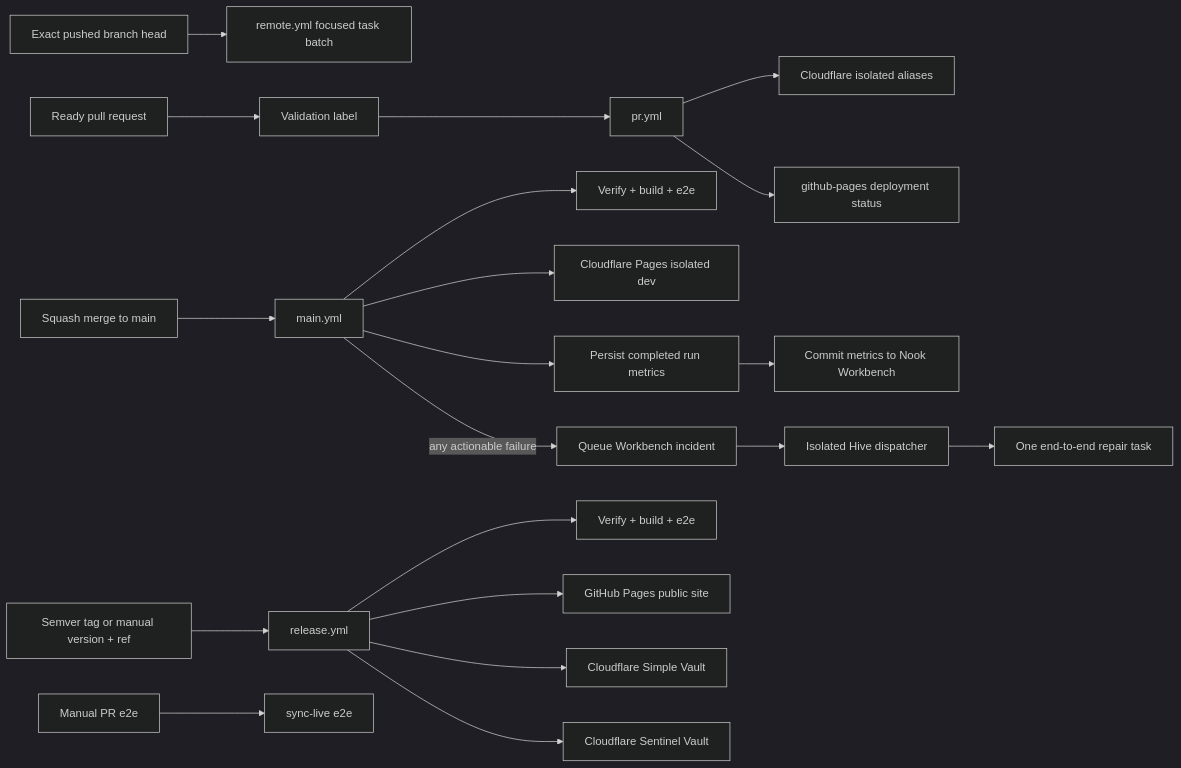
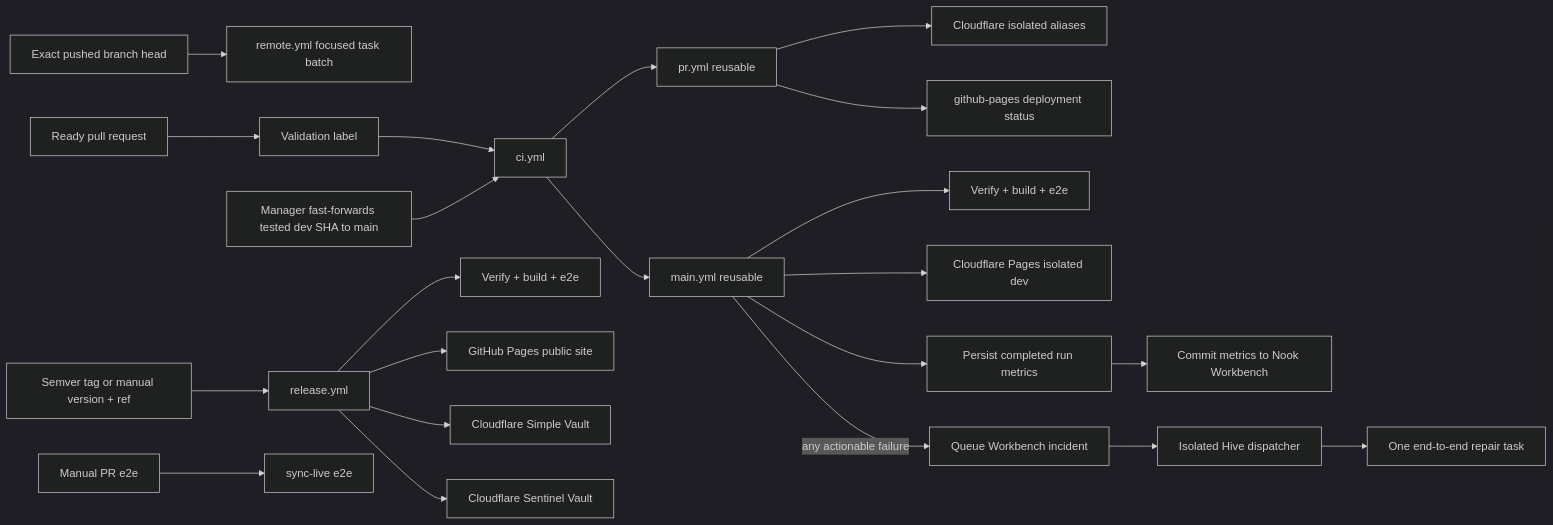
One commit to meta-secret/nook changed the diagram in .cortex/teams/sre/workflows/ci-pipeline.md. Above: the diagram before and after it, drawn with Mermaid (dark theme). The commit also changed other lines of this file and 1858 other files, not shown here.

````diff
--- a/.cortex/teams/sre/workflows/ci-pipeline.md
+++ b/.cortex/teams/sre/workflows/ci-pipeline.md
@@ -253,26 +255,28 @@
 ```mermaid
 flowchart LR
   branch[Exact pushed branch head] --> remote_yml[remote.yml focused task batch]
   PR[Ready pull request] --> label[Validation label]
-  label --> pr_yml[pr.yml]
+  label --> ci_yml[ci.yml]
+  ci_yml --> pr_yml[pr.yml reusable]
   pr_yml --> preview[Cloudflare isolated aliases]
   pr_yml --> pr_deployment[github-pages deployment status]
 
-  merge[Squash merge to main] --> main_yml[main.yml]
+  merge[Manager fast-forwards tested dev SHA to main] --> ci_yml
+  ci_yml --> main_yml[main.yml reusable]
   main_yml --> main_verify[Verify + build + e2e]
   main_yml --> cf_dev[Cloudflare Pages isolated dev]
   main_yml --> main_stats[Persist completed run metrics]
   main_stats --> workbench_stats[Commit metrics to Nook Workbench]
   main_yml -->|any actionable failure| main_failure[Queue Workbench incident]
   main_failure --> hive_dispatcher[Isolated Hive dispatcher]
   hive_dispatcher --> hive_worker[One end-to-end repair task]
 
   release[Semver tag or manual version + ref] --> release_yml[release.yml]
   release_yml --> release_verify[Verify + build + e2e]
   release_yml --> pages[GitHub Pages public site]
   release_yml --> simple_cf[Cloudflare Simple Vault]
   release_yml --> sentinel_cf[Cloudflare Sentinel Vault]
 
   manual_e2e[Manual PR e2e] --> e2e_live[sync-live e2e]
 
 ```
````
